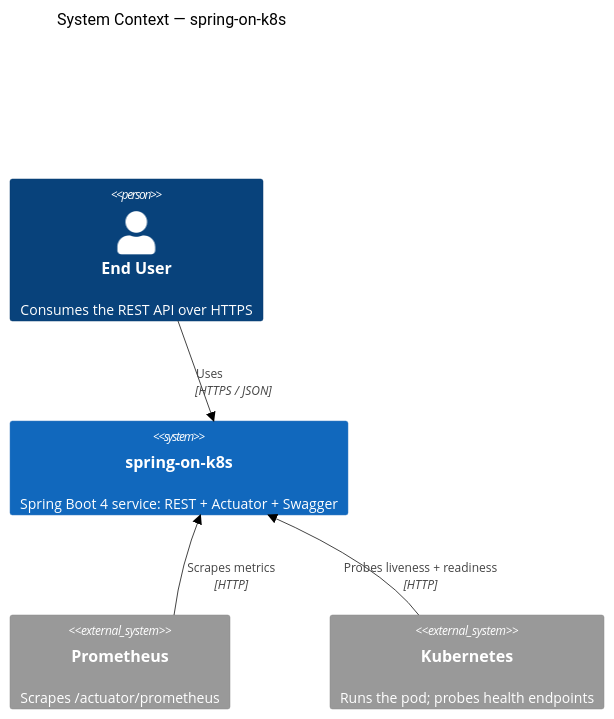
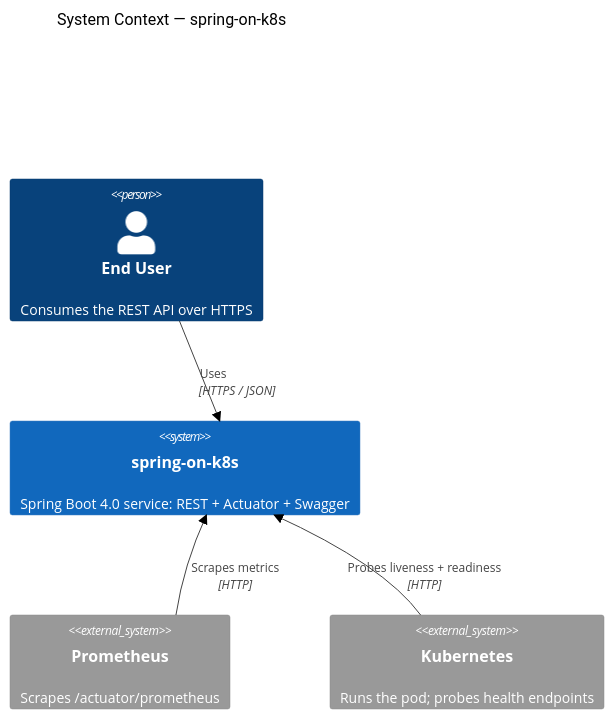
One commit to AndriyKalashnykov/spring-on-k8s changed the first of 3 diagrams in README.md. Above: the diagram before and after it, drawn with Mermaid (forest theme). The commit also changed other lines of this file and 8 other files, not shown here.

````diff
--- a/README.md
+++ b/README.md
@@ -10,15 +10,15 @@
 ```mermaid
 C4Context
   title System Context — spring-on-k8s
 
   Person(user, "End User", "Consumes the REST API over HTTPS")
-  System(sys, "spring-on-k8s", "Spring Boot 4 service: REST + Actuator + Swagger")
+  System(sys, "spring-on-k8s", "Spring Boot 4.0 service: REST + Actuator + Swagger")
   System_Ext(prom, "Prometheus", "Scrapes /actuator/prometheus")
   System_Ext(k8s, "Kubernetes", "Runs the pod; probes health endpoints")
 
   Rel(user, sys, "Uses", "HTTPS / JSON")
   Rel(prom, sys, "Scrapes metrics", "HTTP")
   Rel(k8s, sys, "Probes liveness + readiness", "HTTP")
 
   UpdateLayoutConfig($c4ShapeInRow="2")
 ```
````
